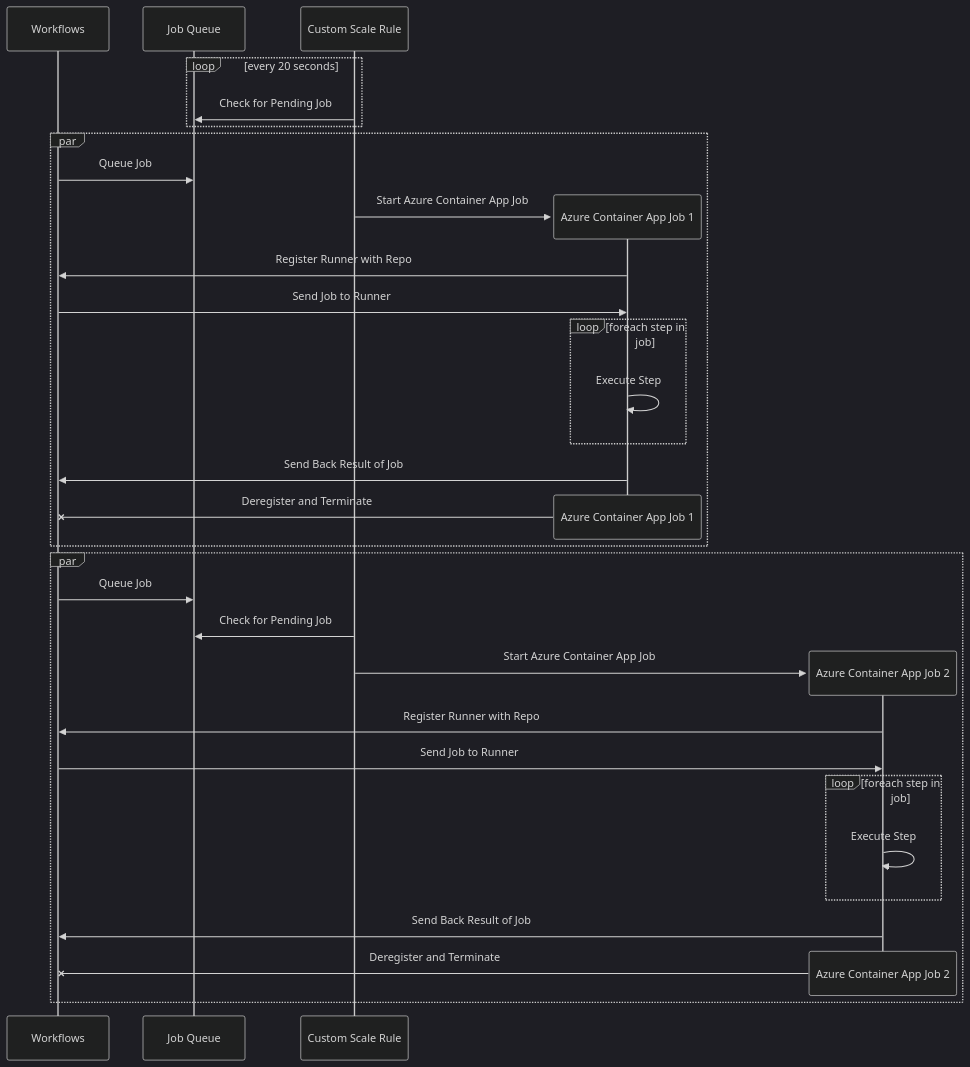
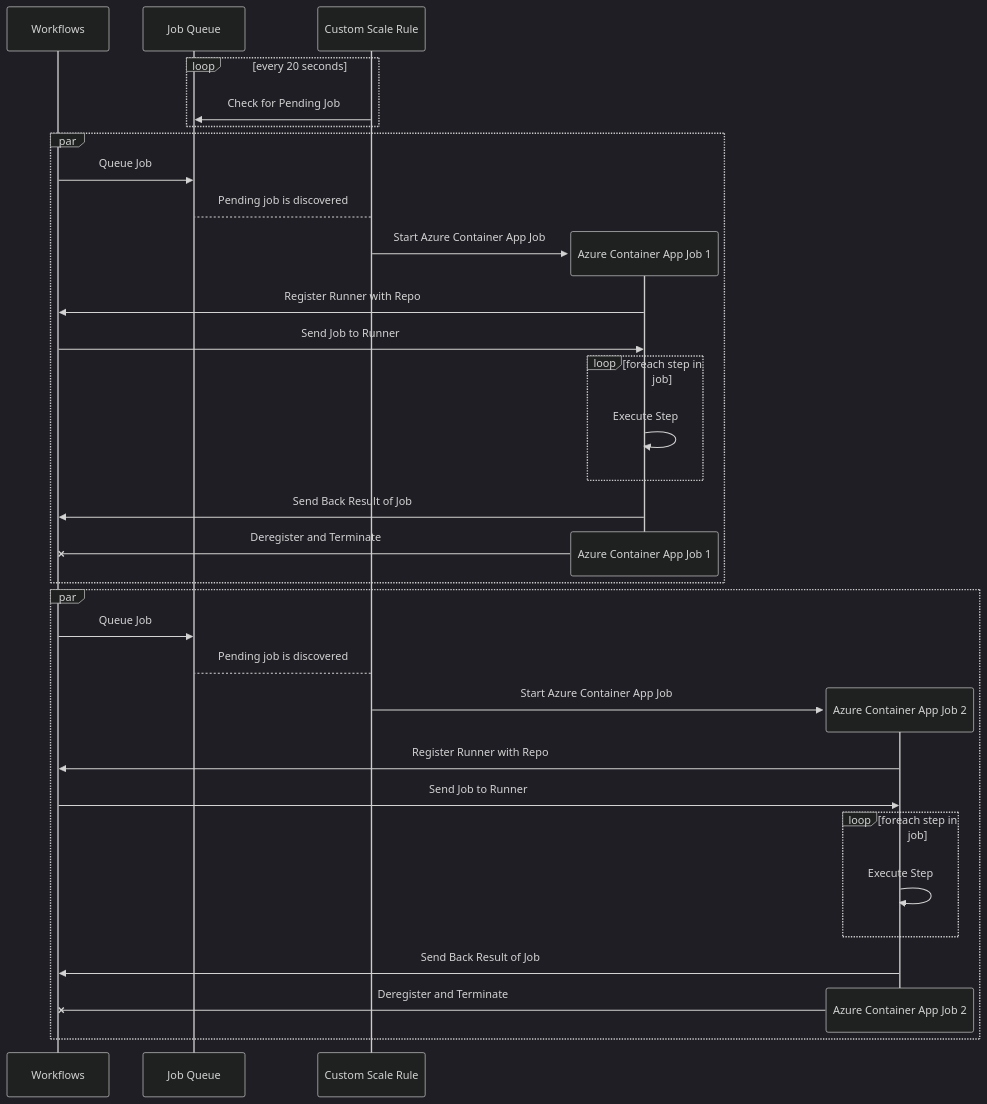
The second of 2 diagrams in rfcs/0000-self-hosted-github-runners.md (Altinn/altinn-platform), drawn with Mermaid (dark theme) before and after one commit.

````diff
--- a/rfcs/0000-self-hosted-github-runners.md
+++ b/rfcs/0000-self-hosted-github-runners.md
@@ -74,37 +74,38 @@
 ```mermaid
 sequenceDiagram
 participant w as Workflows
 participant jq as Job Queue
 participant js as Custom Scale Rule
 
 loop every 20 seconds
     js ->> jq: Check for Pending Job
 end
 par
     w ->> jq: Queue Job
+    js --> jq: Pending job is discovered
     create participant aj1 as Azure Container App Job 1
     js ->> aj1: Start Azure Container App Job
     aj1 ->> w: Register Runner with Repo
     w ->> aj1: Send Job to Runner
     loop foreach step in job
         aj1 ->> aj1: Execute Step
     end
     aj1 ->> w: Send Back Result of Job
     destroy aj1
     aj1 -x w: Deregister and Terminate
 end
 par
     w ->> jq: Queue Job
-    js ->> jq: Check for Pending Job
+    js --> jq: Pending job is discovered
     create participant aj2 as Azure Container App Job 2
     js ->> aj2: Start Azure Container App Job
     aj2 ->> w: Register Runner with Repo
     w ->> aj2: Send Job to Runner
     loop foreach step in job
         aj2 ->> aj2: Execute Step
     end
     aj2 ->> w: Send Back Result of Job
     destroy aj2
     aj2 -x w: Deregister and Terminate
 end
 ```
````
